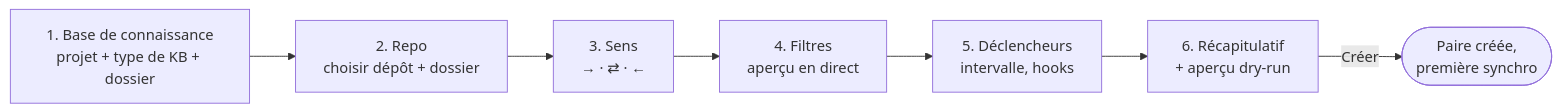
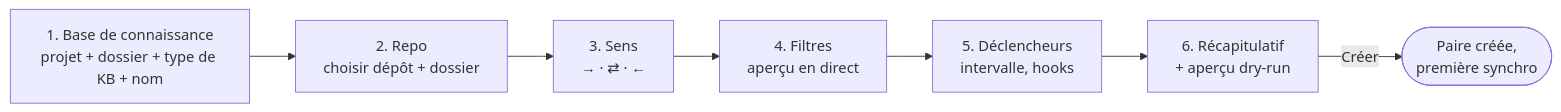
Before and after one commit to studoo-app/markoo: the third of 4 diagrams in documentation/fr/08-interface-de-configuration.md, drawn with Mermaid. The commit also changed other lines of this file and 48 other files, not shown here.

````diff
--- a/documentation/fr/08-interface-de-configuration.md
+++ b/documentation/fr/08-interface-de-configuration.md
@@ -179,9 +181,9 @@
 ```mermaid
 flowchart LR
-    S1["1. Base de connaissance<br/>projet + type de KB + dossier"] --> S2["2. Repo<br/>choisir dépôt + dossier"]
+    S1["1. Base de connaissance<br/>projet + dossier + type de KB + nom"] --> S2["2. Repo<br/>choisir dépôt + dossier"]
     S2 --> S3["3. Sens<br/>→ · ⇄ · ←"]
     S3 --> S4["4. Filtres<br/>aperçu en direct"]
     S4 --> S5["5. Déclencheurs<br/>intervalle, hooks"]
     S5 --> S6["6. Récapitulatif<br/>+ aperçu dry-run"]
     S6 -->|Créer| OK(["Paire créée,<br/>première synchro"])
 ```
````
